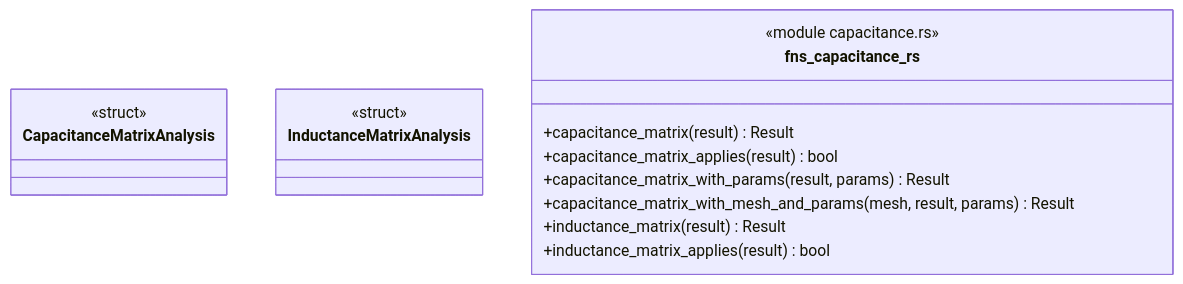
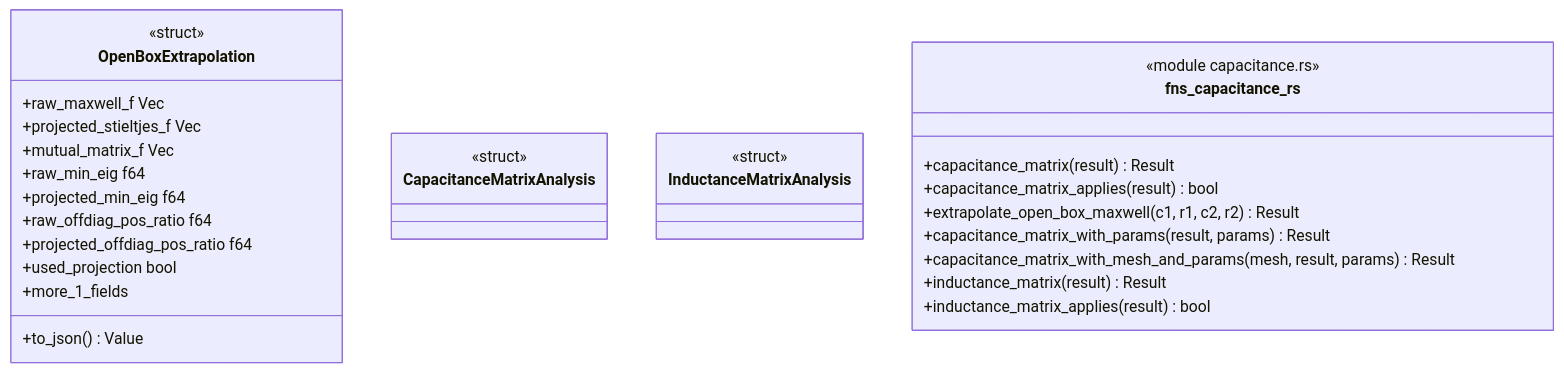
One commit to p-j-r/nyx changed the diagram in docs/architecture/c4/4-code/analysis/capacitance.md. Above: the diagram before and after it, drawn with Mermaid. The commit also changed other lines of this file and 110 other files, not shown here.

````diff
--- a/docs/architecture/c4/4-code/analysis/capacitance.md
+++ b/docs/architecture/c4/4-code/analysis/capacitance.md
@@ -36,18 +36,32 @@
 ```mermaid
 classDiagram
+  class OpenBoxExtrapolation {
+      <<struct>>
+      +raw_maxwell_f Vec
+      +projected_stieltjes_f Vec
+      +mutual_matrix_f Vec
+      +raw_min_eig f64
+      +projected_min_eig f64
+      +raw_offdiag_pos_ratio f64
+      +projected_offdiag_pos_ratio f64
+      +used_projection bool
+      +more_1_fields
+      +to_json() Value
+  }
   class CapacitanceMatrixAnalysis {
       <<struct>>
   }
   class InductanceMatrixAnalysis {
       <<struct>>
   }
   class fns_capacitance_rs {
       <<module capacitance.rs>>
       +capacitance_matrix(result) Result
       +capacitance_matrix_applies(result) bool
+      +extrapolate_open_box_maxwell(c1, r1, c2, r2) Result
       +capacitance_matrix_with_params(result, params) Result
       +capacitance_matrix_with_mesh_and_params(mesh, result, params) Result
       +inductance_matrix(result) Result
       +inductance_matrix_applies(result) bool
   }
 ```
````
